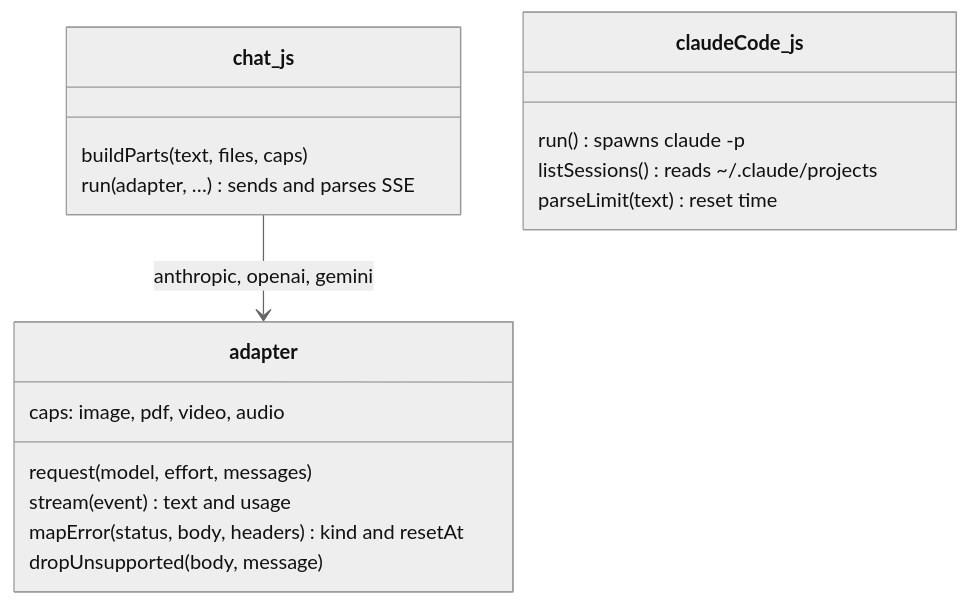
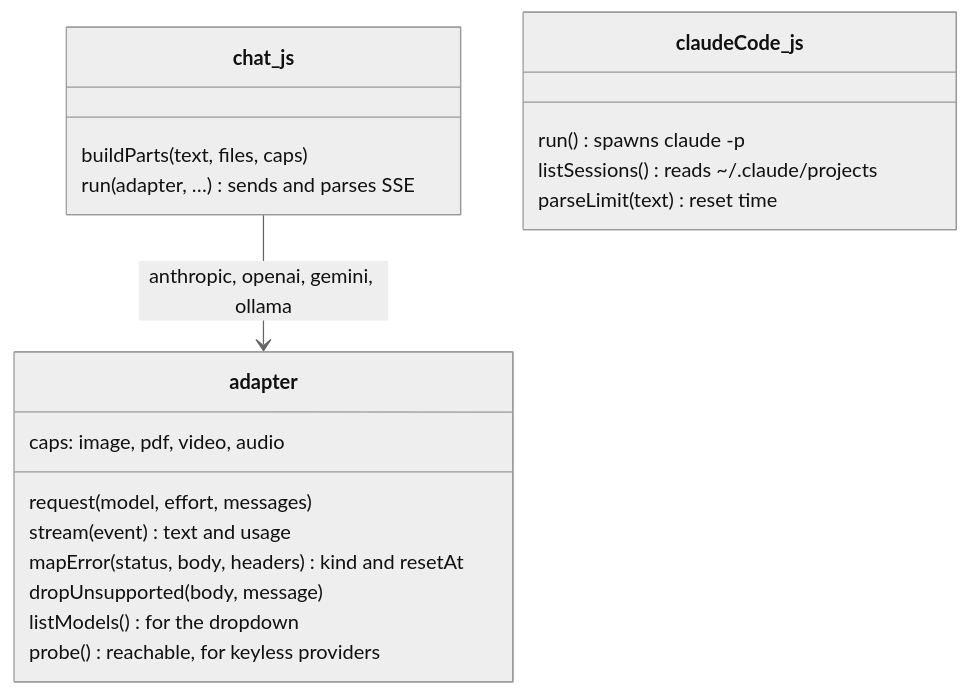
The second of 2 diagrams in docs/architecture.md (WhereIsXuezugi/NightShift), drawn with Mermaid (neutral theme) before and after one commit. The commit also changed other lines of this file and 36 other files, not shown here.

````diff
--- a/docs/architecture.md
+++ b/docs/architecture.md
@@ -90,20 +102,22 @@
 ```mermaid
 classDiagram
   class chat_js {
     buildParts(text, files, caps)
     run(adapter, …) sends and parses SSE
   }
   class adapter {
     caps: image, pdf, video, audio
     request(model, effort, messages)
     stream(event) text and usage
     mapError(status, body, headers) kind and resetAt
     dropUnsupported(body, message)
+    listModels() for the dropdown
+    probe() reachable, for keyless providers
   }
-  chat_js --> adapter : anthropic, openai, gemini
+  chat_js --> adapter : anthropic, openai, gemini, ollama
   class claudeCode_js {
     run() spawns claude -p
     listSessions() reads ~/.claude/projects
     parseLimit(text) reset time
   }
 ```
````
